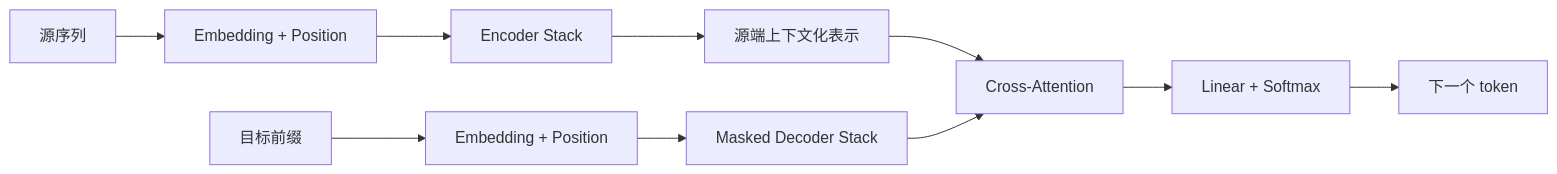
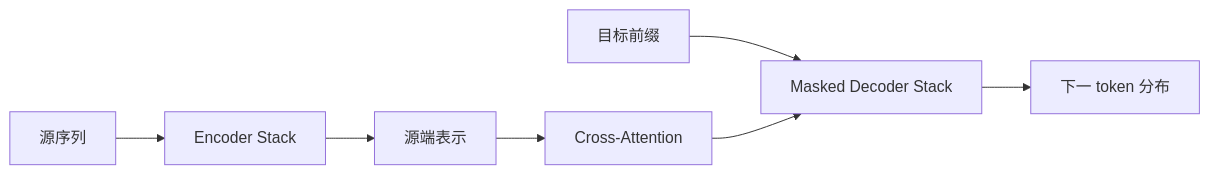
Before and after one commit to zhangqian-silk/computer-science: the diagram in ai/model/transformer.md, drawn with Mermaid. The commit also changed other lines of this file and 52 other files, not shown here.

````diff
--- a/ai/model/transformer.md
+++ b/ai/model/transformer.md
@@ -105,12 +99,9 @@
-```mermaid
+~~~mermaid
 flowchart LR
-	A["源序列"] --> B["Embedding + Position"]
-	B --> C["Encoder Stack"]
-	C --> D["源端上下文化表示"]
-	E["目标前缀"] --> F["Embedding + Position"]
-	F --> G["Masked Decoder Stack"]
-	D --> H["Cross-Attention"]
-	G --> H
-	H --> I["Linear + Softmax"]
-	I --> J["下一个 token"]
-```
+	S["源序列"] --> E["Encoder Stack"]
+	E --> M["源端表示"]
+	T["目标前缀"] --> D["Masked Decoder Stack"]
+	M --> C["Cross-Attention"]
+	C --> D
+	D --> O["下一 token 分布"]
+~~~
````
